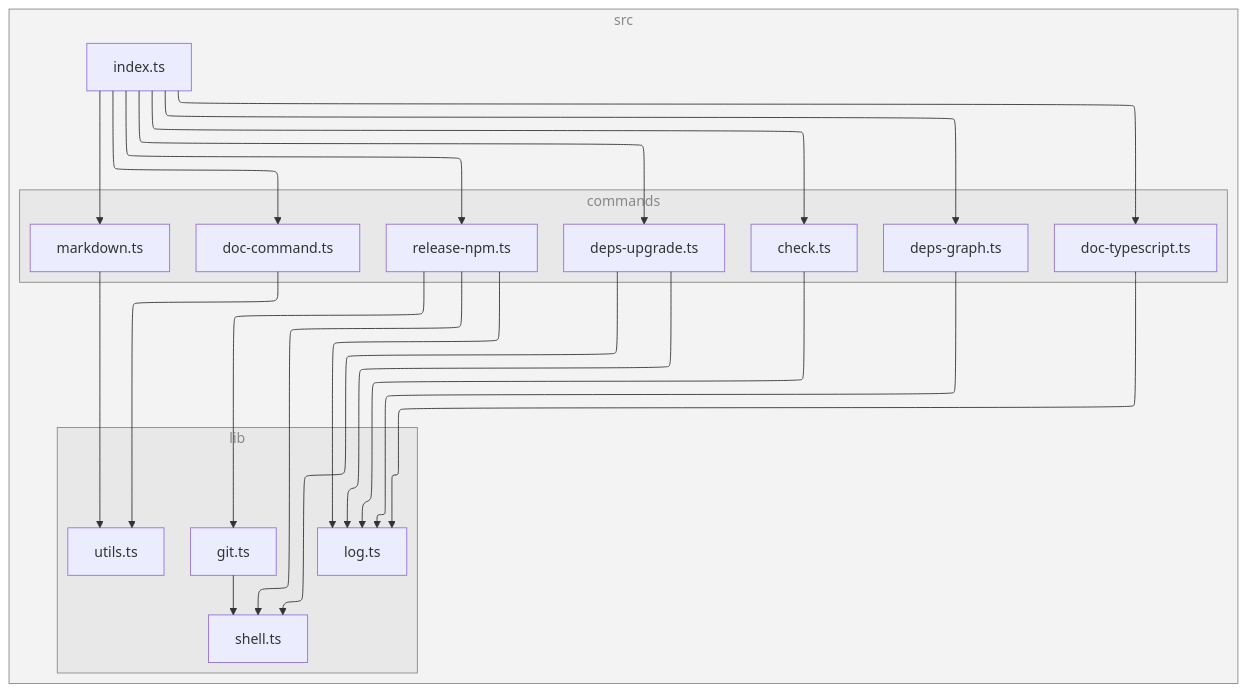
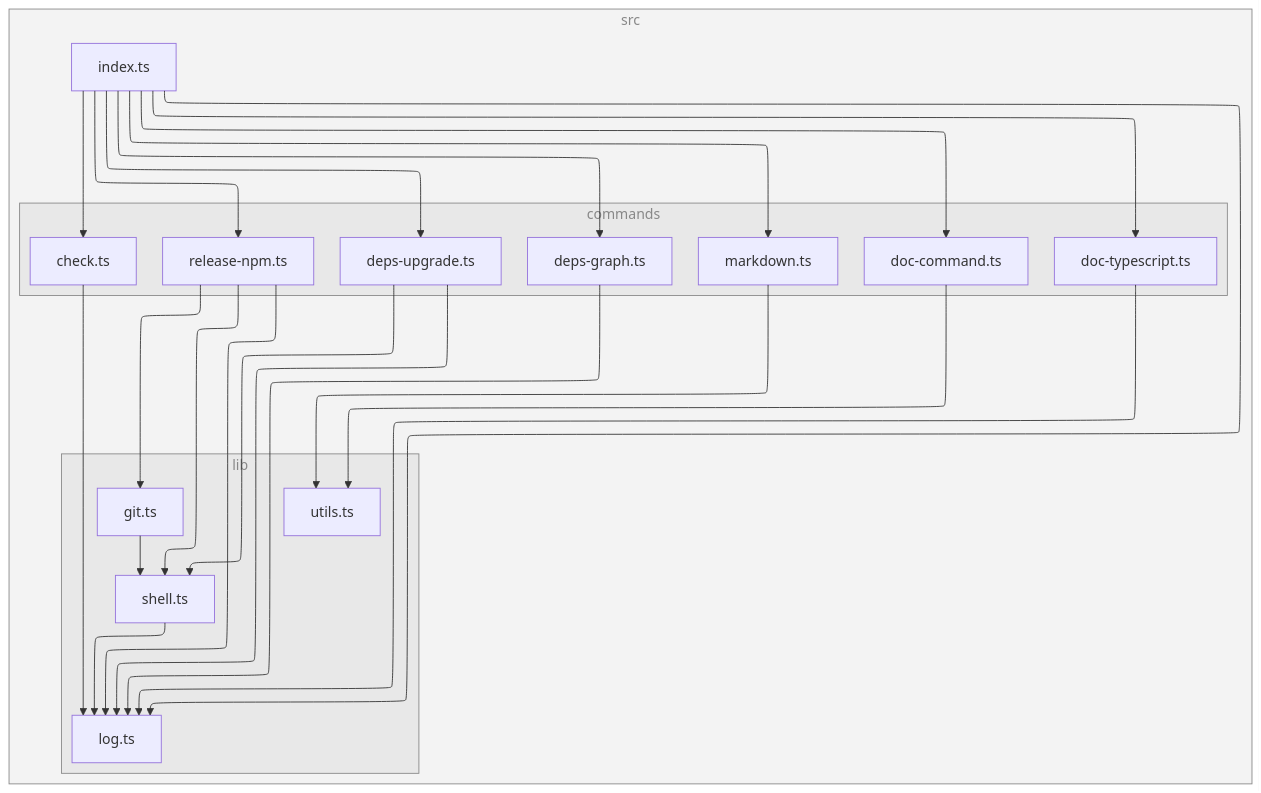
One commit to versatiles-org/node-release-tool changed the diagram in README.md. Above: the diagram before and after it, drawn with Mermaid. The commit also changed other lines of this file, not shown here.

````diff
--- a/README.md
+++ b/README.md
@@ -194,47 +196,49 @@
 ```mermaid
 ---
 config:
   layout: elk
 ---
 flowchart TB
 
 subgraph 0["src"]
 subgraph 1["commands"]
 2["check.ts"]
 5["deps-graph.ts"]
 6["deps-upgrade.ts"]
 8["doc-command.ts"]
 A["doc-typescript.ts"]
 B["markdown.ts"]
 C["release-npm.ts"]
 end
 subgraph 3["lib"]
 4["log.ts"]
 7["shell.ts"]
 9["utils.ts"]
 D["git.ts"]
 end
 E["index.ts"]
 end
 2-->4
 5-->4
 6-->4
 6-->7
+7-->4
 8-->9
 A-->4
 B-->9
 C-->D
 C-->4
 C-->7
 D-->7
 E-->2
 E-->5
 E-->6
 E-->8
 E-->A
 E-->B
 E-->C
+E-->4
 
 class 0,1,3 subgraphs;
 classDef subgraphs fill-opacity:0.1, fill:#888, color:#888, stroke:#888;
 ```
````
